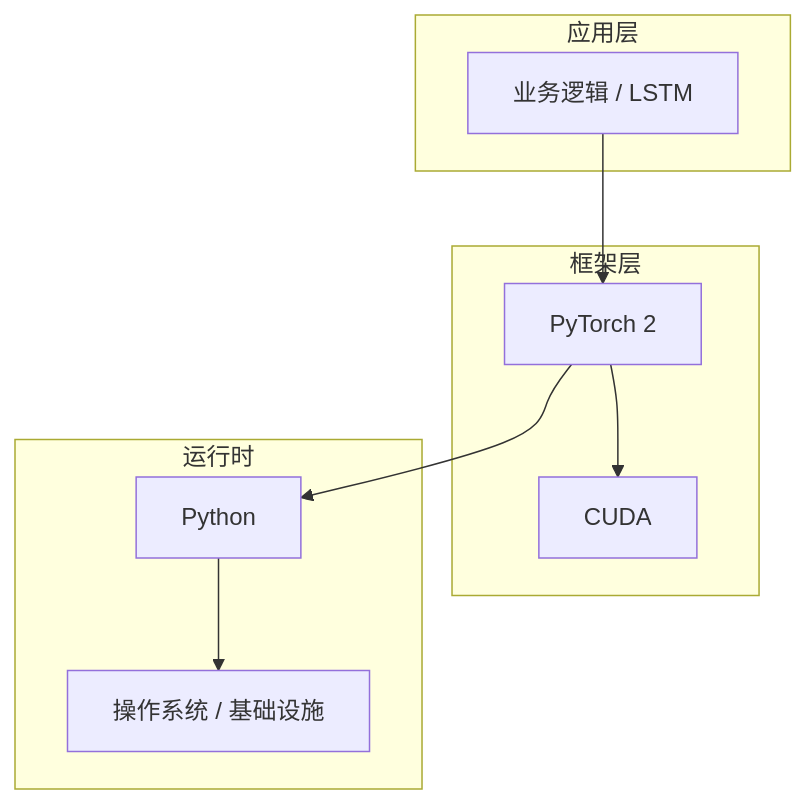
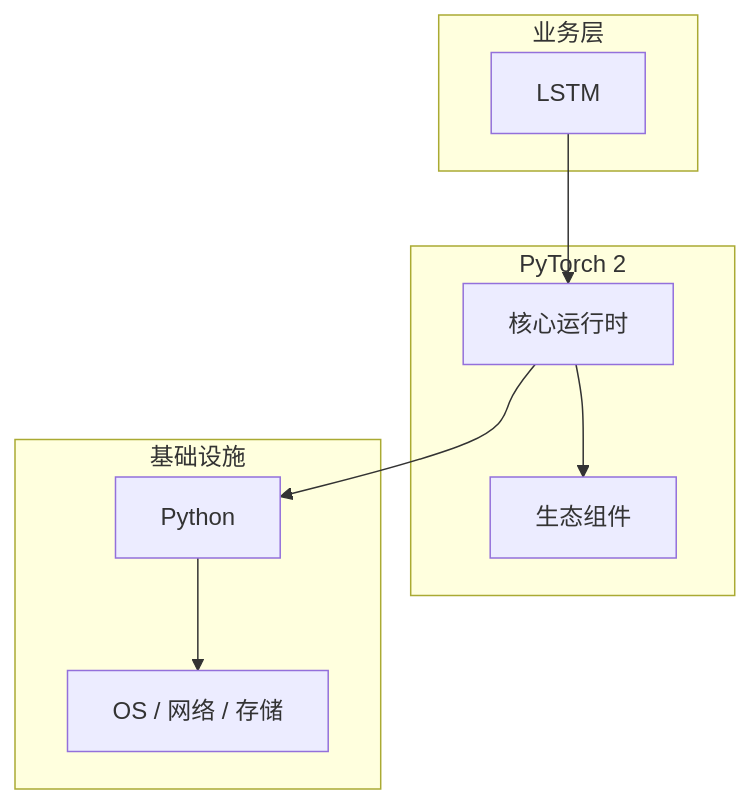
Before and after one commit to yanggan2015/knowledge-json-v2: the diagram in articles/深度学习/chapters/049-LSTM核心概念与原理.md, drawn with Mermaid. The commit also changed other lines of this file and 10127 other files, not shown here.

````diff
--- a/articles/深度学习/chapters/049-LSTM核心概念与原理.md
+++ b/articles/深度学习/chapters/049-LSTM核心概念与原理.md
@@ -45,18 +30,18 @@
 ```mermaid
 graph TB
-    subgraph 应用层
-        A[业务逻辑 / LSTM]
+    subgraph 业务层
+        A[LSTM]
     end
-    subgraph 框架层
-        B[PyTorch 2]
-        C[CUDA]
+    subgraph PyTorch 2
+        B[核心运行时]
+        C[生态组件]
     end
-    subgraph 运行时
+    subgraph 基础设施
         D[Python]
-        E[操作系统 / 基础设施]
+        E[OS / 网络 / 存储]
     end
     A --> B
     B --> C
     B --> D
     D --> E
 ```
````
